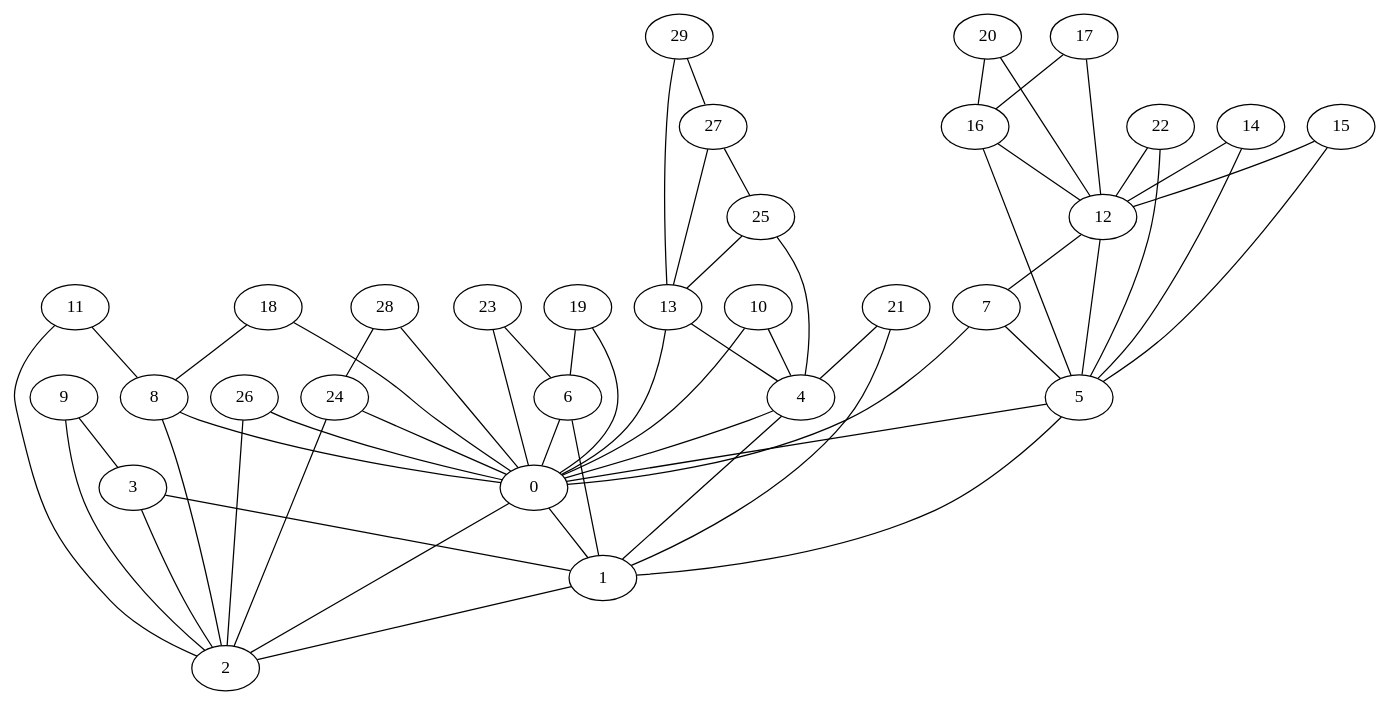
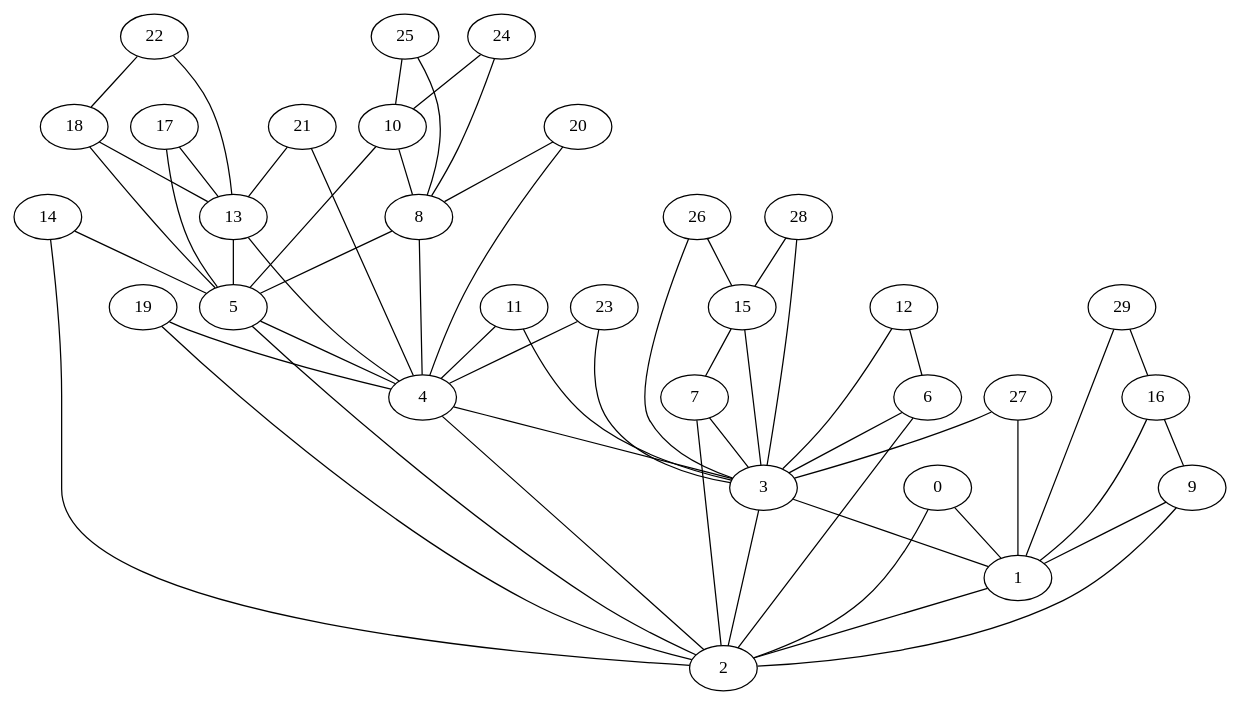
The diagram in GV_FILESgrafoDorogovtsev_30.gv (lemmhub/DAA_PROYECTO_6_MORENO_MENDIETA), drawn with Graphviz before and after one commit. The commit also changed 146 other files, not shown here.

```diff
--- a/GV_FILESgrafoDorogovtsev_30.gv
+++ b/GV_FILESgrafoDorogovtsev_30.gv
@@ -1,89 +1,89 @@
 graph grafoDorogovtsev_30  {
 0;
 1;
 2;
 3;
 4;
 5;
 6;
 7;
 8;
 9;
 10;
 11;
 12;
 13;
 14;
 15;
 16;
 17;
 18;
 19;
 20;
 21;
 22;
 23;
 24;
 25;
 26;
 27;
 28;
 29;
 0 -- 1;
 0 -- 2;
 1 -- 2;
 3 -- 1;
 3 -- 2;
-4 -- 0;
-4 -- 1;
-5 -- 0;
-5 -- 1;
-6 -- 0;
-6 -- 1;
-7 -- 5;
-7 -- 0;
-8 -- 0;
-8 -- 2;
-9 -- 3;
+4 -- 3;
+4 -- 2;
+5 -- 4;
+5 -- 2;
+6 -- 3;
+6 -- 2;
+7 -- 3;
+7 -- 2;
+8 -- 5;
+8 -- 4;
+9 -- 1;
 9 -- 2;
-10 -- 4;
-10 -- 0;
-11 -- 8;
-11 -- 2;
-12 -- 7;
-12 -- 5;
+10 -- 8;
+10 -- 5;
+11 -- 4;
+11 -- 3;
+12 -- 6;
+12 -- 3;
+13 -- 5;
 13 -- 4;
-13 -- 0;
-14 -- 12;
 14 -- 5;
-15 -- 12;
-15 -- 5;
-16 -- 12;
-16 -- 5;
-17 -- 16;
-17 -- 12;
-18 -- 8;
-18 -- 0;
-19 -- 6;
-19 -- 0;
-20 -- 16;
-20 -- 12;
+14 -- 2;
+15 -- 7;
+15 -- 3;
+16 -- 9;
+16 -- 1;
+17 -- 13;
+17 -- 5;
+18 -- 13;
+18 -- 5;
+19 -- 4;
+19 -- 2;
+20 -- 8;
+20 -- 4;
+21 -- 13;
 21 -- 4;
-21 -- 1;
-22 -- 12;
-22 -- 5;
-23 -- 6;
-23 -- 0;
-24 -- 0;
-24 -- 2;
-25 -- 13;
-25 -- 4;
-26 -- 0;
-26 -- 2;
-27 -- 25;
-27 -- 13;
-28 -- 24;
-28 -- 0;
-29 -- 27;
-29 -- 13;
+22 -- 18;
+22 -- 13;
+23 -- 4;
+23 -- 3;
+24 -- 10;
+24 -- 8;
+25 -- 10;
+25 -- 8;
+26 -- 15;
+26 -- 3;
+27 -- 3;
+27 -- 1;
+28 -- 15;
+28 -- 3;
+29 -- 16;
+29 -- 1;
 }
```
